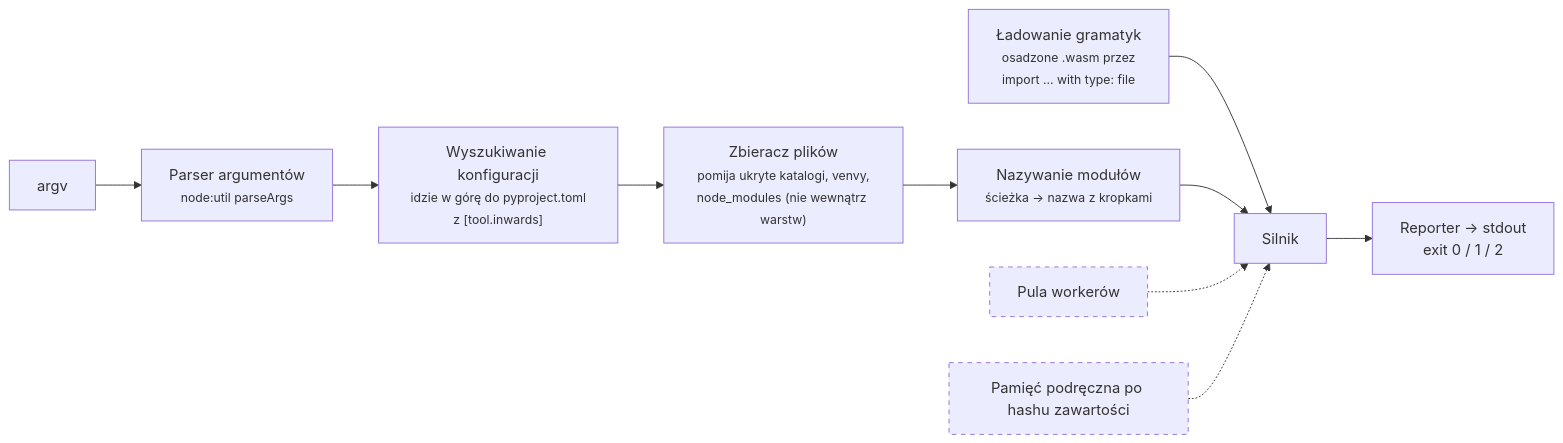
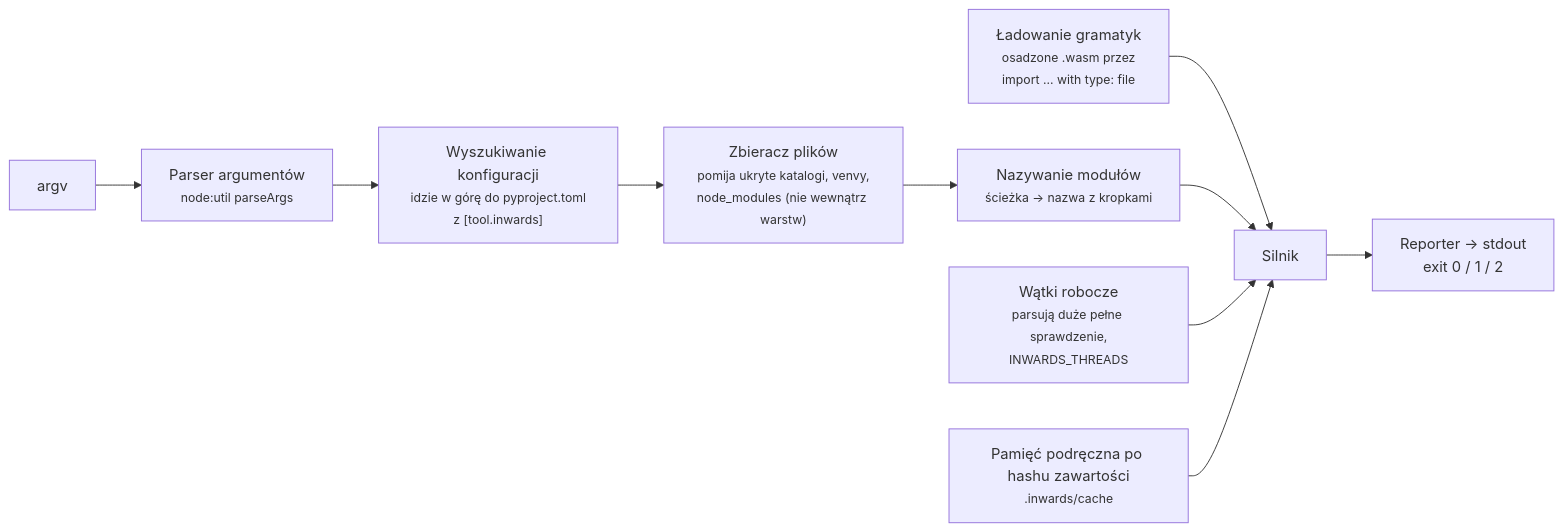
Before and after one commit to SirCypkowskyy/inwards: the fifth of 6 diagrams in docs/pl/03-Architecture-C4.md, drawn with Mermaid. The commit also changed other lines of this file and 35 other files, not shown here.

````diff
--- a/docs/pl/03-Architecture-C4.md
+++ b/docs/pl/03-Architecture-C4.md
@@ -206,14 +206,12 @@
 ```mermaid
 flowchart LR
     argv["argv"] --> args["Parser argumentów<br/><small>node:util parseArgs</small>"]
     args --> find["Wyszukiwanie konfiguracji<br/><small>idzie w górę do pyproject.toml<br/>z [tool.inwards]</small>"]
     find --> walk["Zbieracz plików<br/><small>pomija ukryte katalogi, venvy,<br/>node_modules (nie wewnątrz warstw)</small>"]
     walk --> mod["Nazywanie modułów<br/><small>ścieżka → nazwa z kropkami</small>"]
     gram["Ładowanie gramatyk<br/><small>osadzone .wasm przez<br/>import ... with type: file</small>"] --> eng
     mod --> eng["Silnik"]
     eng --> out["Reporter → stdout<br/>exit 0 / 1 / 2"]
-    pool["Pula workerów"]:::planned -.-> eng
-    cache["Pamięć podręczna po hashu zawartości"]:::planned -.-> eng
-
-    classDef planned stroke-dasharray:5 5
+    pool["Wątki robocze<br/><small>parsują duże pełne sprawdzenie,<br/>INWARDS_THREADS</small>"] --> eng
+    cache["Pamięć podręczna po hashu zawartości<br/><small>.inwards/cache</small>"] --> eng
 ```
````
